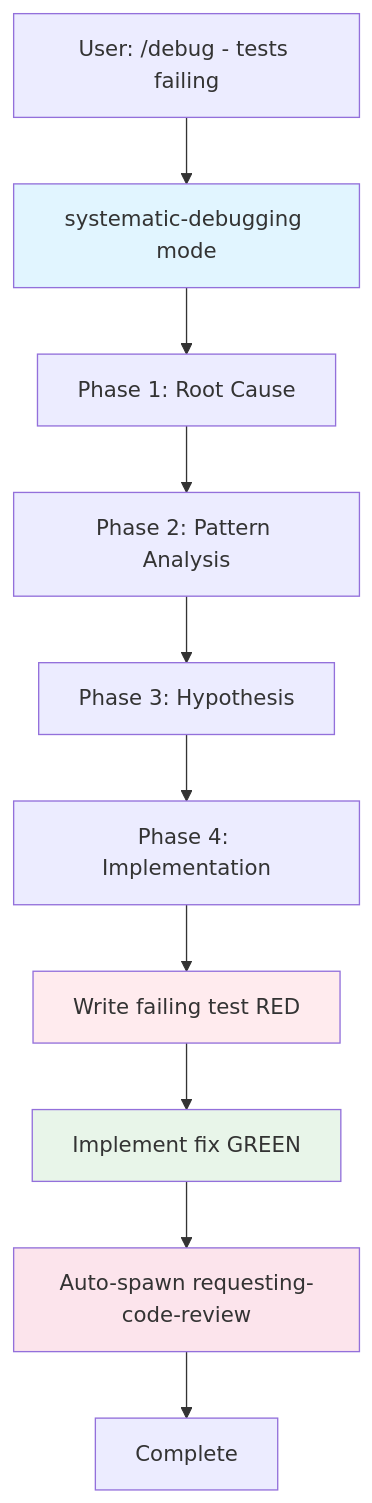
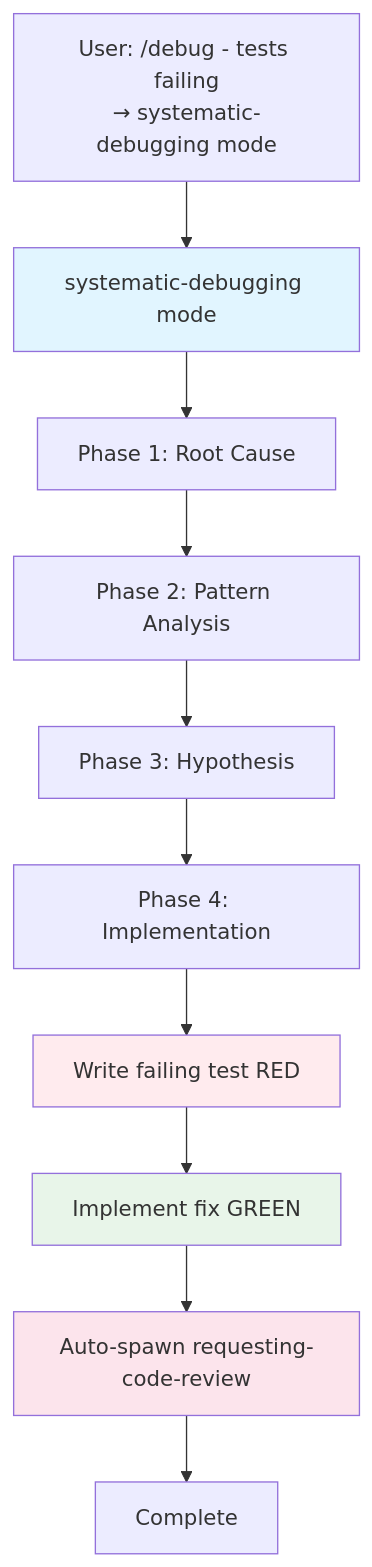
One commit to Benny-Lewis/super-roo changed the third of 4 diagrams in docs/ARCHITECTURE.md. Above: the diagram before and after it, drawn with Mermaid. The commit also changed other lines of this file, not shown here.

First line of the commit message:
Clarify initial mode routing in workflow diagrams

````diff
--- a/docs/ARCHITECTURE.md
+++ b/docs/ARCHITECTURE.md
@@ -380,17 +380,17 @@
 ```mermaid
 graph TD
-    Start[User: /debug - tests failing] --> Debug[systematic-debugging mode]
+    Start[User: /debug - tests failing<br/>→ systematic-debugging mode] --> Debug[systematic-debugging mode]
     Debug --> Phase1[Phase 1: Root Cause]
     Phase1 --> Phase2[Phase 2: Pattern Analysis]
     Phase2 --> Phase3[Phase 3: Hypothesis]
     Phase3 --> Phase4[Phase 4: Implementation]
     Phase4 --> TDD[Write failing test RED]
     TDD --> Fix[Implement fix GREEN]
     Fix --> Review[Auto-spawn requesting-code-review]
     Review --> Done[Complete]
 
     style Debug fill:#e1f5ff
     style TDD fill:#ffebee
     style Fix fill:#e8f5e9
     style Review fill:#fce4ec
 ```
````
